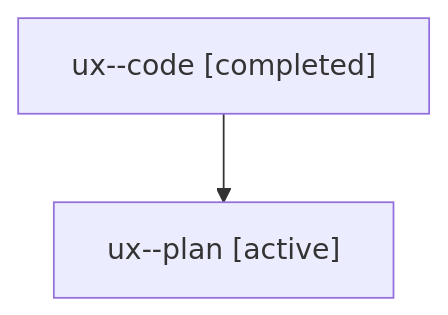
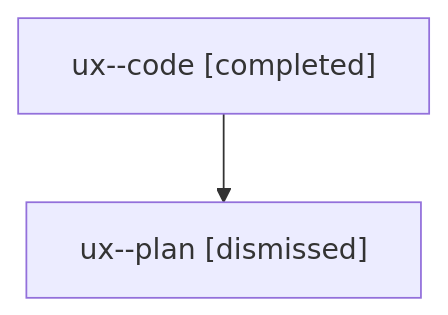
Before and after one commit to sase-org/sase--agents: the diagram in sessions/bbugyi200.athena.ux.md, drawn with Mermaid. The commit also changed other lines of this file and 36 other files, not shown here.

````diff
--- a/sessions/bbugyi200.athena.ux.md
+++ b/sessions/bbugyi200.athena.ux.md
@@ -9,6 +9,6 @@
 ```mermaid
 flowchart TD
   n0["ux--code [completed]"]
-  n1["ux--plan [active]"]
+  n1["ux--plan [dismissed]"]
   n0 --> n1
 ```
````
